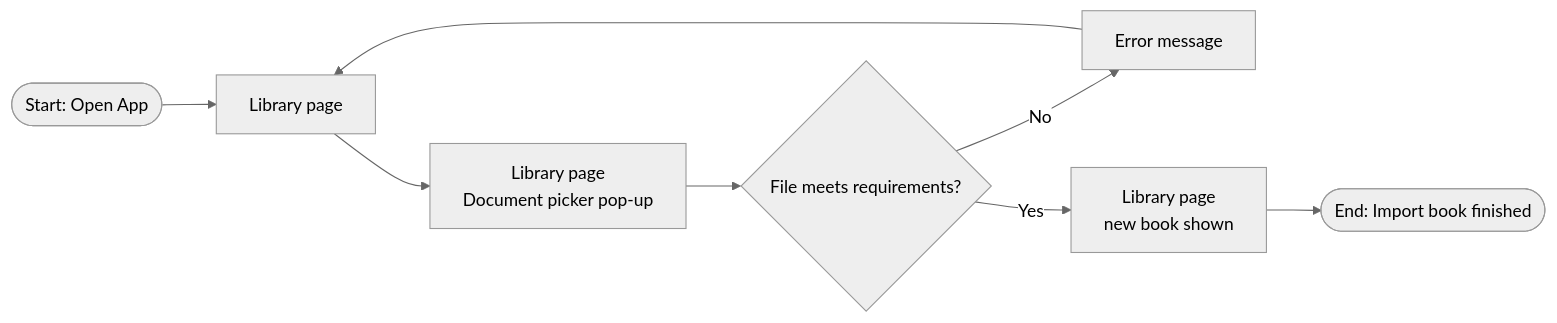
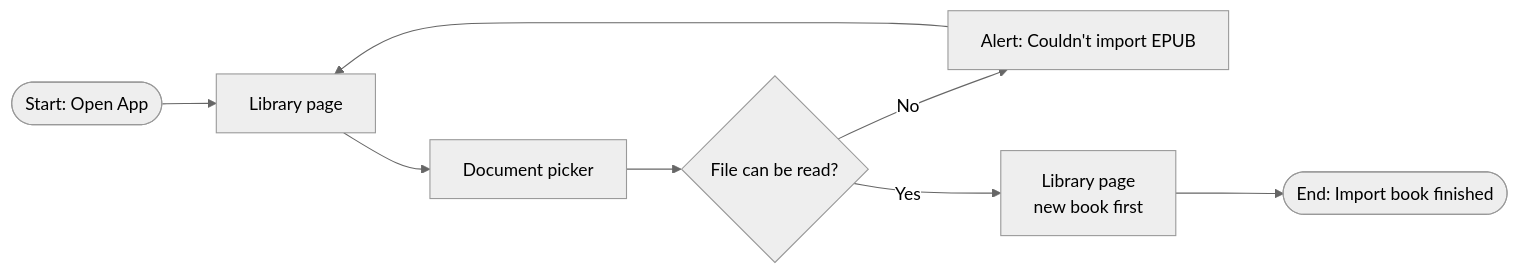
Before and after one commit to AftrHours/PRD: the first of 2 diagrams in 1.1-Import-Book-Files-EN.md, drawn with Mermaid (neutral theme). The commit also changed other lines of this file and 6 other files, not shown here.

````diff
--- a/1.1-Import-Book-Files-EN.md
+++ b/1.1-Import-Book-Files-EN.md
@@ -112,9 +115,9 @@
 ```mermaid
 flowchart LR
   A([Start: Open App]) --> B[Library page]
-  B --> C[Library page<br/>Document picker pop-up]
-  C --> D{File meets requirements?}
-  D -- No --> E[Error message] --> B
-  D -- Yes --> F[Library page<br/>new book shown]
+  B --> C[Document picker]
+  C --> D{File can be read?}
+  D -- No --> E[Alert: Couldn't import EPUB] --> B
+  D -- Yes --> F[Library page<br/>new book first]
   F --> G([End: Import book finished])
 ```
````
